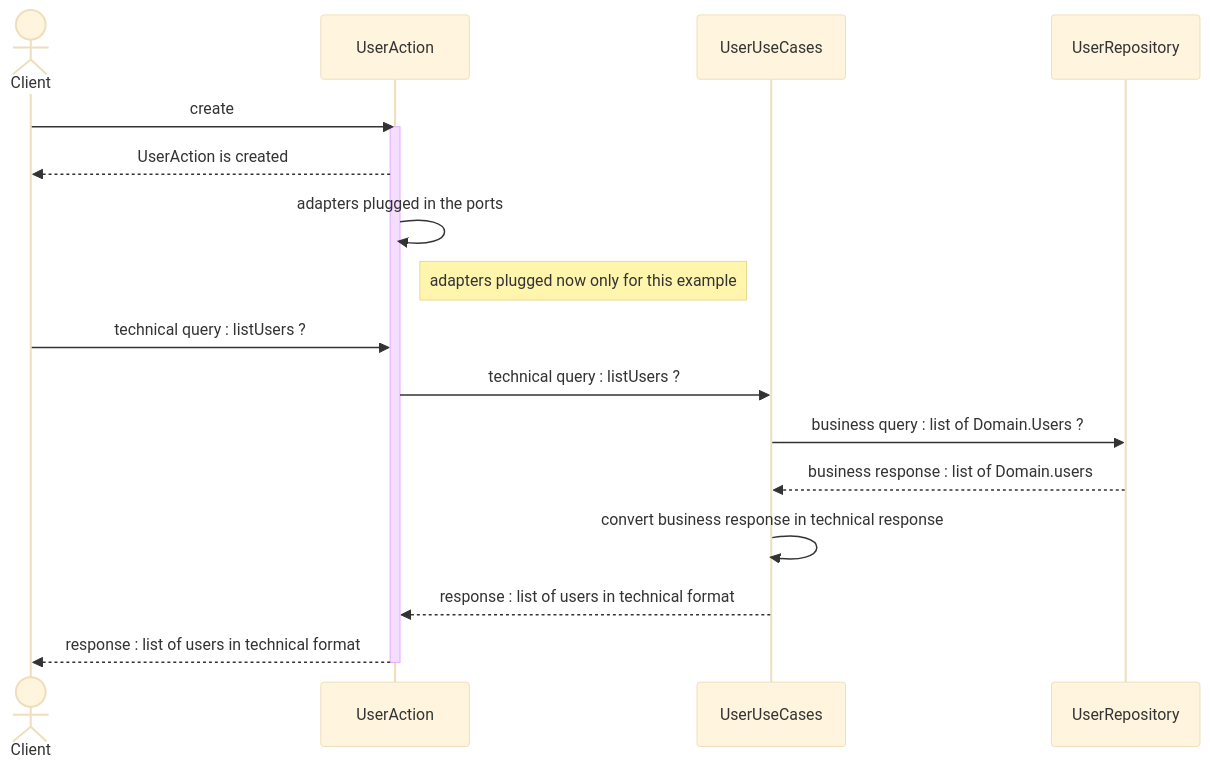
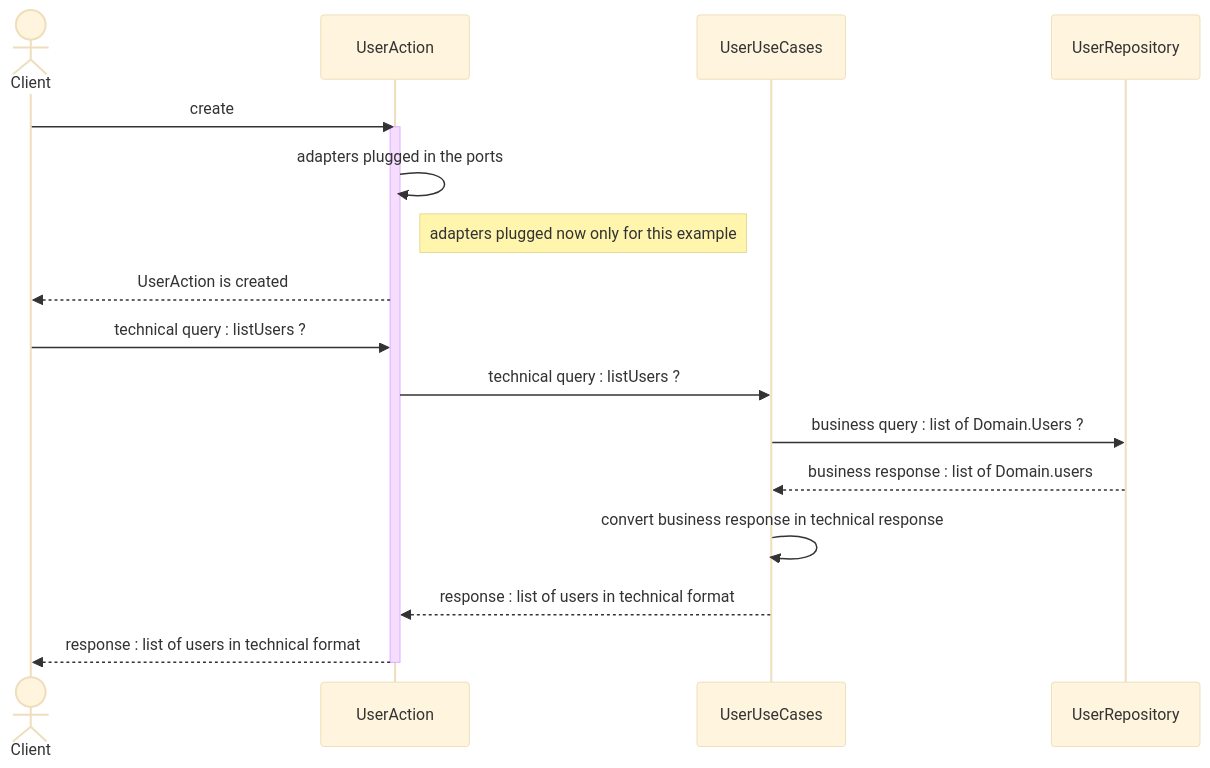
The diagram in README.md (jeandi7/hexagonal_part2), drawn with Mermaid (base theme) before and after one commit. The commit also changed other lines of this file, not shown here.

````diff
--- a/README.md
+++ b/README.md
@@ -16,22 +16,22 @@
 ```mermaid
 sequenceDiagram
 actor Client
 participant UserAction
 participant UserUseCases
 participant UserRepository
 
 Client ->>UserAction : create
 activate UserAction
-UserAction -->>Client: UserAction is created
 UserAction ->>UserAction : adapters plugged in the ports
 Note right of UserAction : adapters plugged now only for this example
+UserAction -->>Client: UserAction is created
 Client ->>UserAction : technical query : listUsers ?
 UserAction ->>UserUseCases : technical query : listUsers ?
 UserUseCases  ->>UserRepository : business query : list of Domain.Users ?
 UserRepository -->>UserUseCases : business response : list of Domain.users
 UserUseCases ->>UserUseCases : convert business response in technical response
 UserUseCases -->>UserAction : response : list of users in technical format
 UserAction -->>Client : response : list of users in technical format
 deactivate UserAction
 
 ```
````
